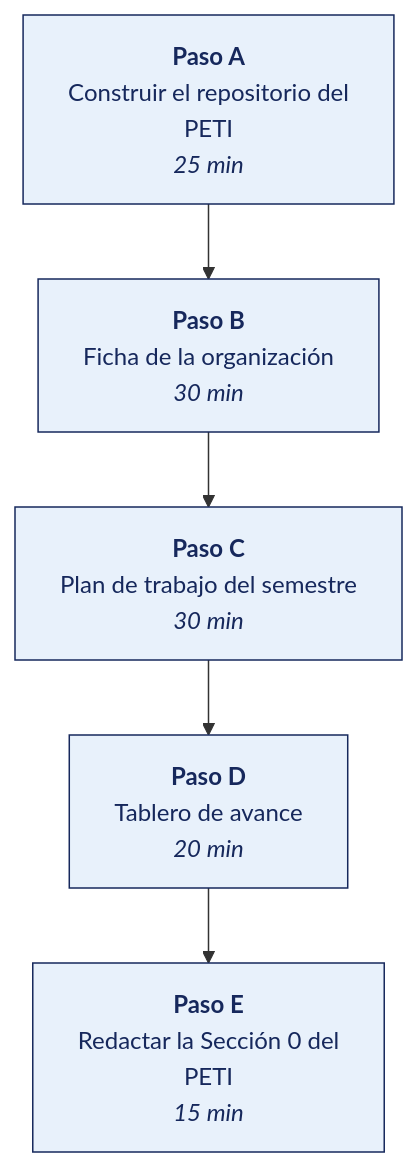
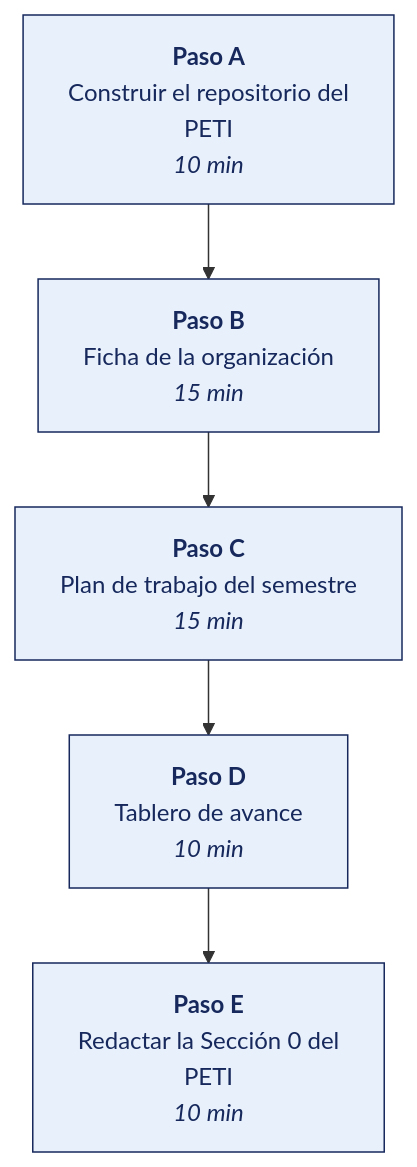
Before and after one commit to OscarJimenezFlores/PETI: the diagram in SEMANA-01/3-TALLER.md, drawn with Mermaid. The commit also changed other lines of this file and 18 other files, not shown here.

````diff
--- a/SEMANA-01/3-TALLER.md
+++ b/SEMANA-01/3-TALLER.md
@@ -11,11 +13,11 @@
 ```mermaid
 flowchart TD
-    PA["<b>Paso A</b><br/>Construir el repositorio del<br/>PETI<br/><i>25 min</i>"]
-    PB["<b>Paso B</b><br/>Ficha de la organización<br/><i>30 min</i>"]
-    PC["<b>Paso C</b><br/>Plan de trabajo del semestre<br/><i>30 min</i>"]
-    PD["<b>Paso D</b><br/>Tablero de avance<br/><i>20 min</i>"]
-    PE["<b>Paso E</b><br/>Redactar la Sección 0 del<br/>PETI<br/><i>15 min</i>"]
+    PA["<b>Paso A</b><br/>Construir el repositorio del<br/>PETI<br/><i>10 min</i>"]
+    PB["<b>Paso B</b><br/>Ficha de la organización<br/><i>15 min</i>"]
+    PC["<b>Paso C</b><br/>Plan de trabajo del semestre<br/><i>15 min</i>"]
+    PD["<b>Paso D</b><br/>Tablero de avance<br/><i>10 min</i>"]
+    PE["<b>Paso E</b><br/>Redactar la Sección 0 del<br/>PETI<br/><i>10 min</i>"]
     PA --> PB --> PC --> PD --> PE
     classDef paso fill:#E8F1FB,stroke:#16285C,stroke-width:1px,color:#16285C;
     class PA,PB,PC,PD,PE paso;
 ```
````
